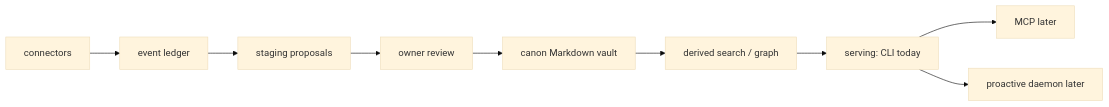
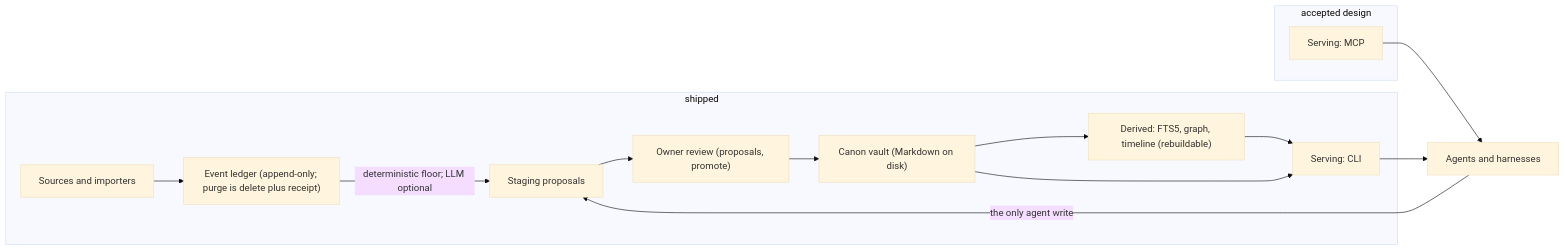
The first of 4 diagrams in README.md (Illuminfti/kizuki), drawn with Mermaid (base theme) before and after one commit. The commit also changed other lines of this file and 1 other file, not shown here.

````diff
--- a/README.md
+++ b/README.md
@@ -29,11 +35,26 @@
 ```mermaid
 flowchart LR
-  connectors --> ledger["event ledger"]
-  ledger --> staging["staging proposals"]
-  staging --> review["owner review"]
-  review --> canon["canon Markdown vault"]
-  canon --> derived["derived search / graph"]
-  derived --> serving["serving: CLI today"]
-  serving --> mcp["MCP later"]
-  serving --> daemon["proactive daemon later"]
+  subgraph shipped ["shipped"]
+    sources["Sources and importers"]
+    ledger["Event ledger (append-only; purge is delete plus receipt)"]
+    staging["Staging proposals"]
+    review["Owner review (proposals, promote)"]
+    canon["Canon vault (Markdown on disk)"]
+    derived["Derived: FTS5, graph, timeline (rebuildable)"]
+    cli["Serving: CLI"]
+  end
+  subgraph accepted ["accepted design"]
+    mcp["Serving: MCP"]
+  end
+  agents["Agents and harnesses"]
+  sources --> ledger
+  ledger -->|"deterministic floor; LLM optional"| staging
+  staging --> review
+  review --> canon
+  canon --> derived
+  canon --> cli
+  derived --> cli
+  cli --> agents
+  mcp --> agents
+  agents -->|"the only agent write"| staging
 ```
````
